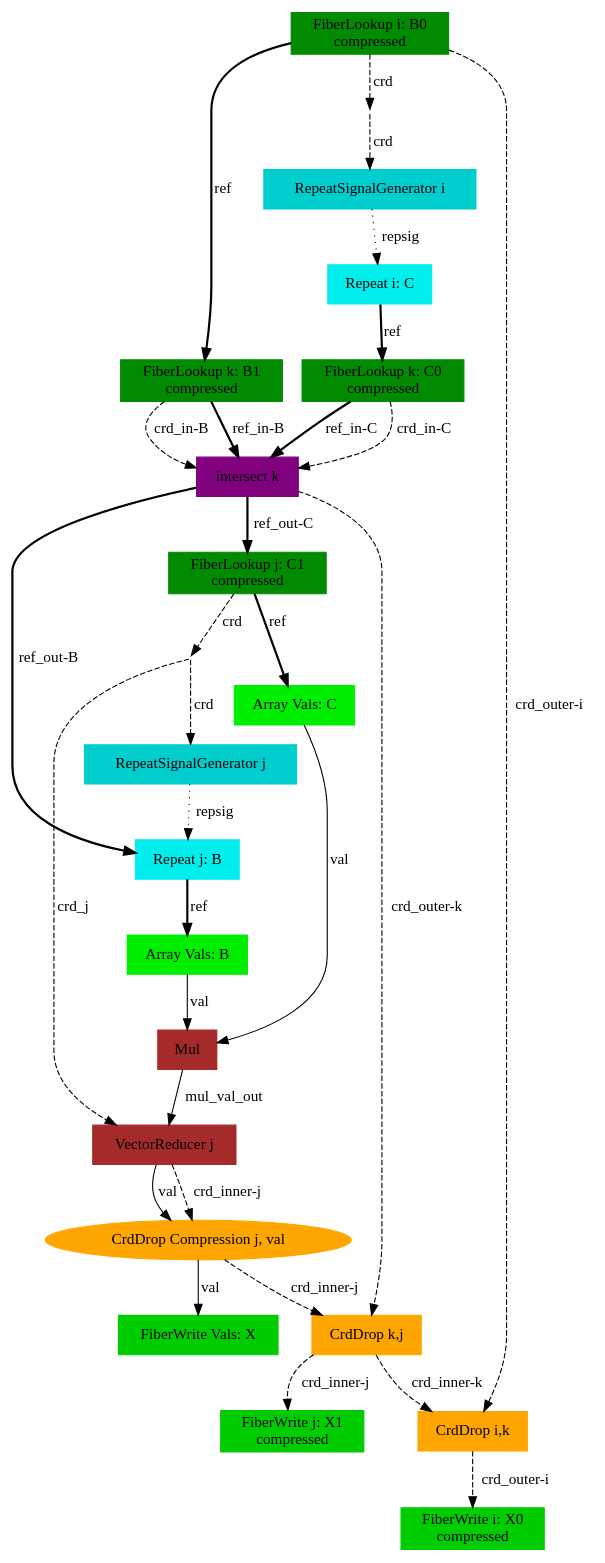
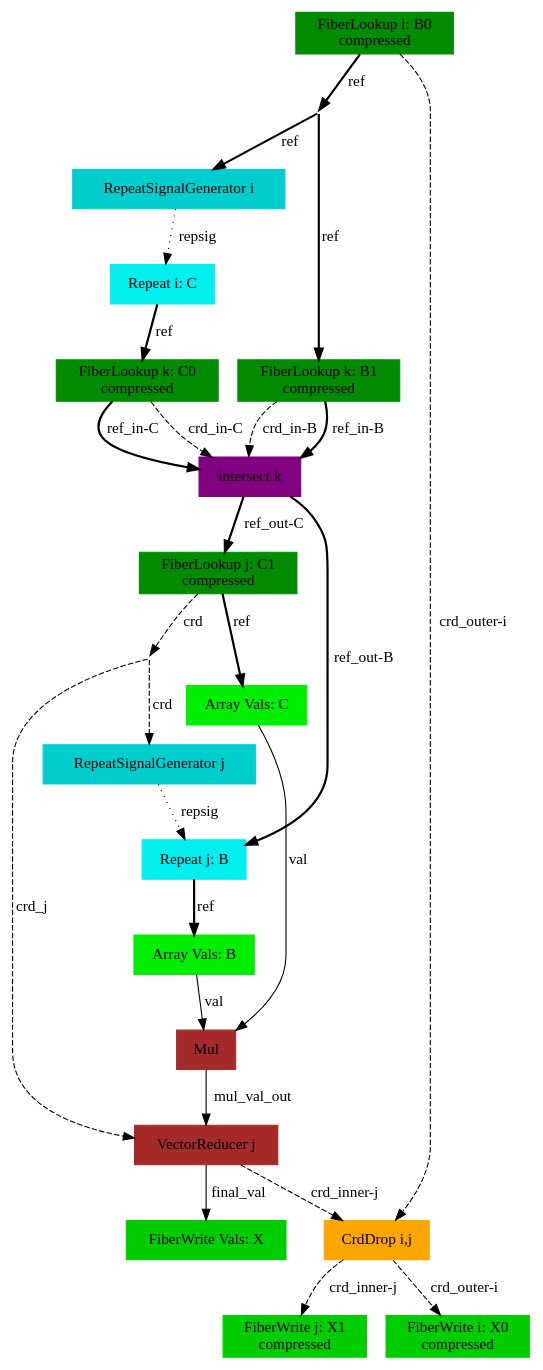
One commit to weiya711/sam changed the diagram in compiler/sam-outputs/onyx-dot/matmul_ikj.gv. Above: the diagram before and after it, drawn with Graphviz. The commit also changed 1 other file, not shown here.

Commit message:
Update graph to crddrop doesn't block upstream

```diff
--- a/compiler/sam-outputs/onyx-dot/matmul_ikj.gv
+++ b/compiler/sam-outputs/onyx-dot/matmul_ikj.gv
@@ -1,53 +1,52 @@
 digraph SAM {
     comment="X=ss01,B=ss01,C=ss01"
     20 [comment="type=vectorreducer,index=j" label="VectorReducer j" color=brown shape=box style=filled type="vectorreducer" accum_index="j"]
     0 [comment="type=fiberwrite,mode=vals,tensor=X,size=1*B0_dim*C1_dim,sink=true" label="FiberWrite Vals: X" color=green3 shape=box style=filled type="fiberwrite" tensor="X" mode="vals" size="1*B0_dim*C1_dim" sink="true"]
     1 [comment="type=fiberwrite,index=j,tensor=X,mode=1,format=compressed,segsize=B0_dim+1,crdsize=B0_dim*C1_dim,sink=true" label="FiberWrite j: X1\ncompressed" color=green3 shape=box style=filled type="fiberwrite" index="j" tensor="X" mode="1" format="compressed" segsize="B0_dim+1" crdsize="B0_dim*C1_dim" sink="true"]
     19 [comment="type=fiberlookup,index=i,tensor=B,mode=0,format=compressed,src=true,root=true" label="FiberLookup i: B0\ncompressed" color=green4 shape=box style=filled type="fiberlookup" index="i" tensor="B" mode="0" format="compressed" src="true" root="true"]
     18 [comment="type=broadcast" shape=point style=invis type="broadcast"]
     2 [comment="type=fiberwrite,index=i,tensor=X,mode=0,format=compressed,segsize=2,crdsize=B0_dim,sink=true" label="FiberWrite i: X0\ncompressed" color=green3 shape=box style=filled type="fiberwrite" index="i" tensor="X" mode="0" format="compressed" segsize="2" crdsize="B0_dim" sink="true"]
     17 [comment="type=repsiggen,index=i" label="RepeatSignalGenerator i" color=cyan3 shape=box style=filled type="repsiggen" index="i"]
     16 [comment="type=repeat,index=i,tensor=C,root=true" label="Repeat i: C" color=cyan2 shape=box style=filled type="repeat" index="i" tensor="C" root="true"]
     15 [comment="type=fiberlookup,index=k,tensor=C,mode=0,format=compressed,src=true,root=false" label="FiberLookup k: C0\ncompressed" color=green4 shape=box style=filled type="fiberlookup" index="k" tensor="C" mode="0" format="compressed" src="true" root="false"]
     13 [comment="type=intersect,index=k" label="intersect k" color=purple shape=box style=filled type="intersect" index="k"]
     9 [comment="type=repeat,index=j,tensor=B,root=false" label="Repeat j: B" color=cyan2 shape=box style=filled type="repeat" index="j" tensor="B" root="false"]
     7 [comment="type=arrayvals,tensor=B" label="Array Vals: B" color=green2 shape=box style=filled type="arrayvals" tensor="B"]
     6 [comment="type=mul" label="Mul" color=brown shape=box style=filled type="mul"]
     12 [comment="type=fiberlookup,index=j,tensor=C,mode=1,format=compressed,src=true,root=false" label="FiberLookup j: C1\ncompressed" color=green4 shape=box style=filled type="fiberlookup" index="j" tensor="C" mode="1" format="compressed" src="true" root="false"]
     11 [comment="type=broadcast" shape=point style=invis type="broadcast"]
     10 [comment="type=repsiggen,index=j" label="RepeatSignalGenerator j" color=cyan3 shape=box style=filled type="repsiggen" index="j"]
     8 [comment="type=arrayvals,tensor=C" label="Array Vals: C" color=green2 shape=box style=filled type="arrayvals" tensor="C"]
     14 [comment="type=fiberlookup,index=k,tensor=B,mode=1,format=compressed,src=true,root=false" label="FiberLookup k: B1\ncompressed" color=green4 shape=box style=filled type="fiberlookup" index="k" tensor="B" mode="1" format="compressed" src="true" root="false"]
-    21 [comment="type=crddrop,outer=j,inner=val,mode=0" label="CrdDrop Compression j, val" color=orange style=filled type="crddrop" outer="j" inner="val" mode="0"]
-    22 [comment="type=crddrop,outer=k,inner=j" label="CrdDrop k,j" color=orange shape=box style=filled type="crddrop" outer="k" inner="j"]
-    23 [comment="type=crddrop,outer=i,inner=k" label="CrdDrop i,k" color=orange shape=box style=filled type="crddrop" outer="i" inner="k"]
-    19 -> 18 [label="crd" style=dashed type="crd" comment=""]
-    18 -> 17 [label="crd" style=dashed type="crd" comment=""]
+    23 [comment="type=crddrop,outer=i,inner=j" label="CrdDrop i,j" color=orange shape=box style=filled type="crddrop" outer="i" inner="j"]
+    #24 [comment="type=fiberlookup,index=i,tensor=B,mode=0,format=compressed,src=true,root=true" label="FiberLookup i: B0\ncompressed" color=green4 shape=box style=filled type="fiberlookup" index="i" tensor="B" mode="0" format="compressed" src="true" root="true"]
+    19 -> 18 [label="ref" style=bold type="ref" comment="", vr_special="true"]
+    18 -> 17 [label="ref" style=bold type="ref" comment="", vr_special="true"]
+    #19 -> 17 [label="crd" style=dashed type="crd" comment=""]
     17 -> 16 [label="repsig" style=dotted type="repsig"]
     16 -> 15 [label="ref" style=bold type="ref"]
     15 -> 13 [label="crd_in-C" style=dashed type="crd" comment="in-C"]
     13 -> 9 [label="ref_out-B" style=bold type="ref" comment="out-B"]
     9 -> 7 [label="ref" style=bold type="ref"]
     7 -> 6 [label="val" type="val"]
     13 -> 12 [label="ref_out-C" style=bold type="ref" comment="out-C"]
     12 -> 11 [label="crd" style=dashed type="crd" comment=""]
     11 -> 20 [label="crd_j" style=dashed type="crd" comment="j" special="true"]
     11 -> 10 [label="crd" style=dashed type="crd" comment=""]
     10 -> 9 [label="repsig" style=dotted type="repsig"]
     12 -> 8 [label="ref" style=bold type="ref" comment=""]
     8 -> 6 [label="val" type="val"]
     15 -> 13 [label="ref_in-C" style=bold type="ref" comment="in-C"]
-    19 -> 14 [label="ref" style=bold type="ref" comment=""]
+    18 -> 14 [label="ref" style=bold type="ref" comment=""]
     14 -> 13 [label="crd_in-B" style=dashed type="crd" comment="in-B"]
     14 -> 13 [label="ref_in-B" style=bold type="ref" comment="in-B"]
     6 -> 20 [label="mul_val_out" type="val"]
-    21 -> 0 [label="val" type="val" comment="inner-val"]
-    21 -> 22 [label="crd_inner-j" style=dashed type="crd" comment="outer-j"]
-    13 -> 22  [label="crd_outer-k" style=dashed type="crd" comment="outer-k"]
-    20 -> 21 [label="val" type="val" comment="inner-val"]
-    20 -> 21 [label="crd_inner-j" style=dashed type="crd" comment="outer-j"]
-    22 -> 1 [label="crd_inner-j" style=dashed type="crd" comment="inner-j"]
-    22 -> 23 [label="crd_inner-k" style=dashed type="crd" comment="inner-k"]
-    19 -> 23 [label="crd_outer-i" style=dashed type="crd" comment="outer-i"]
+    20 -> 23 [label="crd_inner-j" style=dashed type="crd" comment="inner-j"]
+    19 -> 23 [label="crd_outer-i" style=dashed type="crd" comment="outer-i" special="true"]
+    #18 -> 23 [label="crd_outer-i" style=dashed type="crd" comment="outer-i" special="true"]
+    #18 -> 2 [label="crd_out-i" style=dashed type="crd" comment="out-i"]
     23 -> 2 [label="crd_outer-i" style=dashed type="crd" comment="outer-i"]
+    23 -> 1 [label="crd_inner-j" style=dashed type="crd" comment="inner-j"]
+    #20 -> 1[label="final_crd-j" style=dashed type="crd" comment="final_crd-j"]
+    20 -> 0  [label="final_val" type="val" comment="final-val"]
 }
```
